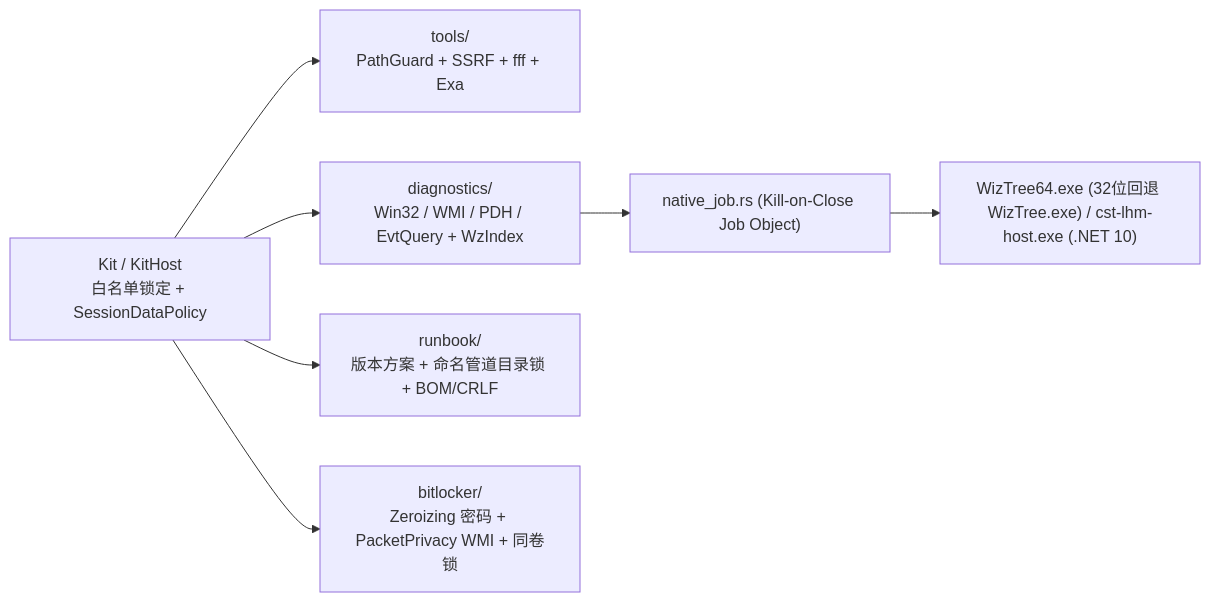
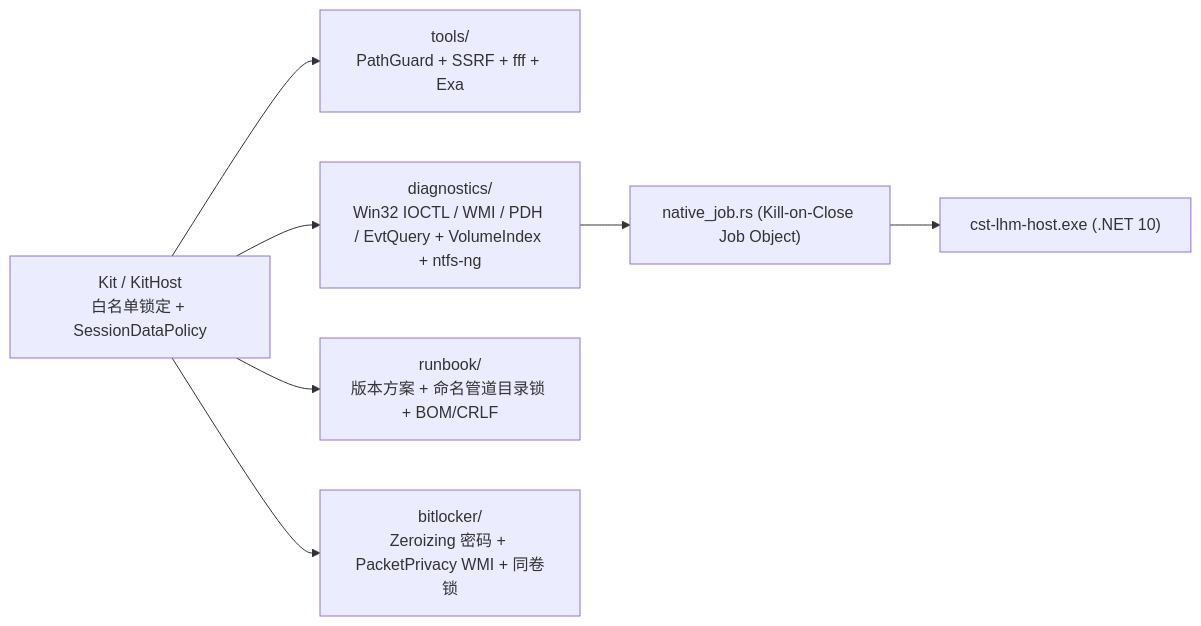
Before and after one commit to SCAU-Computer-Serving-Team/cst-pilot: the diagram in doc/diagnostics/ARCHITECTURE.md, drawn with Mermaid. The commit also changed other lines of this file and 76 other files, not shown here.

Commit message:
feat(kit,updater,pi-ai): replace WizTree with native Rust MFT/IOCTL diagnostics and header hooks

````diff
--- a/doc/diagnostics/ARCHITECTURE.md
+++ b/doc/diagnostics/ARCHITECTURE.md
@@ -9,10 +9,10 @@
 ```mermaid
 flowchart LR
     Kit["Kit / KitHost\n白名单锁定 + SessionDataPolicy"] --> Guard["tools/\nPathGuard + SSRF + fff + Exa"]
-    Kit --> Diag["diagnostics/\nWin32 / WMI / PDH / EvtQuery + WzIndex"]
+    Kit --> Diag["diagnostics/\nWin32 IOCTL / WMI / PDH / EvtQuery + VolumeIndex + ntfs-ng"]
     Kit --> Runbook["runbook/\n版本方案 + 命名管道目录锁 + BOM/CRLF"]
     Kit --> BitLocker["bitlocker/\nZeroizing 密码 + PacketPrivacy WMI + 同卷锁"]
 
     Diag --> Job["native_job.rs (Kill-on-Close Job Object)"]
-    Job --> Bin["WizTree64.exe (32位回退 WizTree.exe) / cst-lhm-host.exe (.NET 10)"]
+    Job --> Bin["cst-lhm-host.exe (.NET 10)"]
 ```
````
